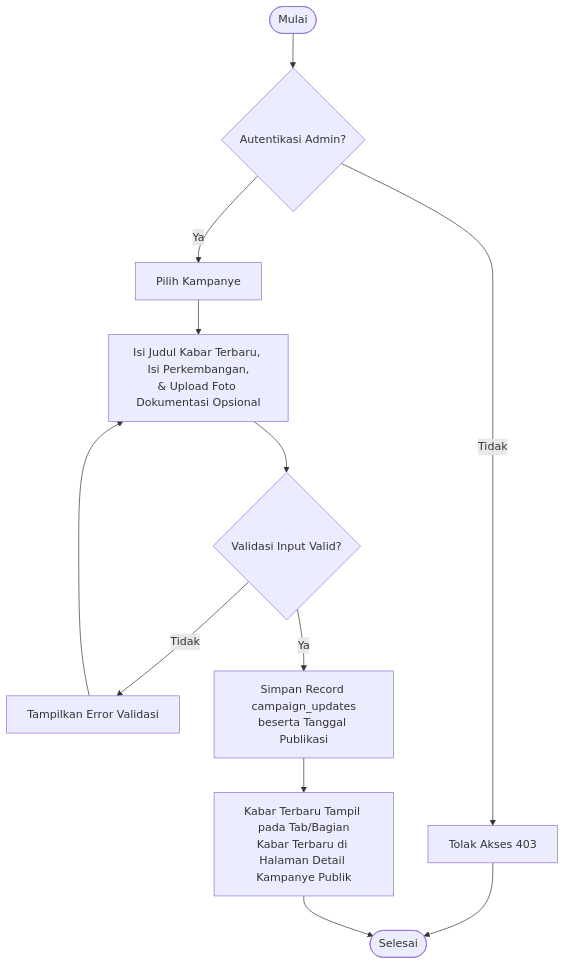
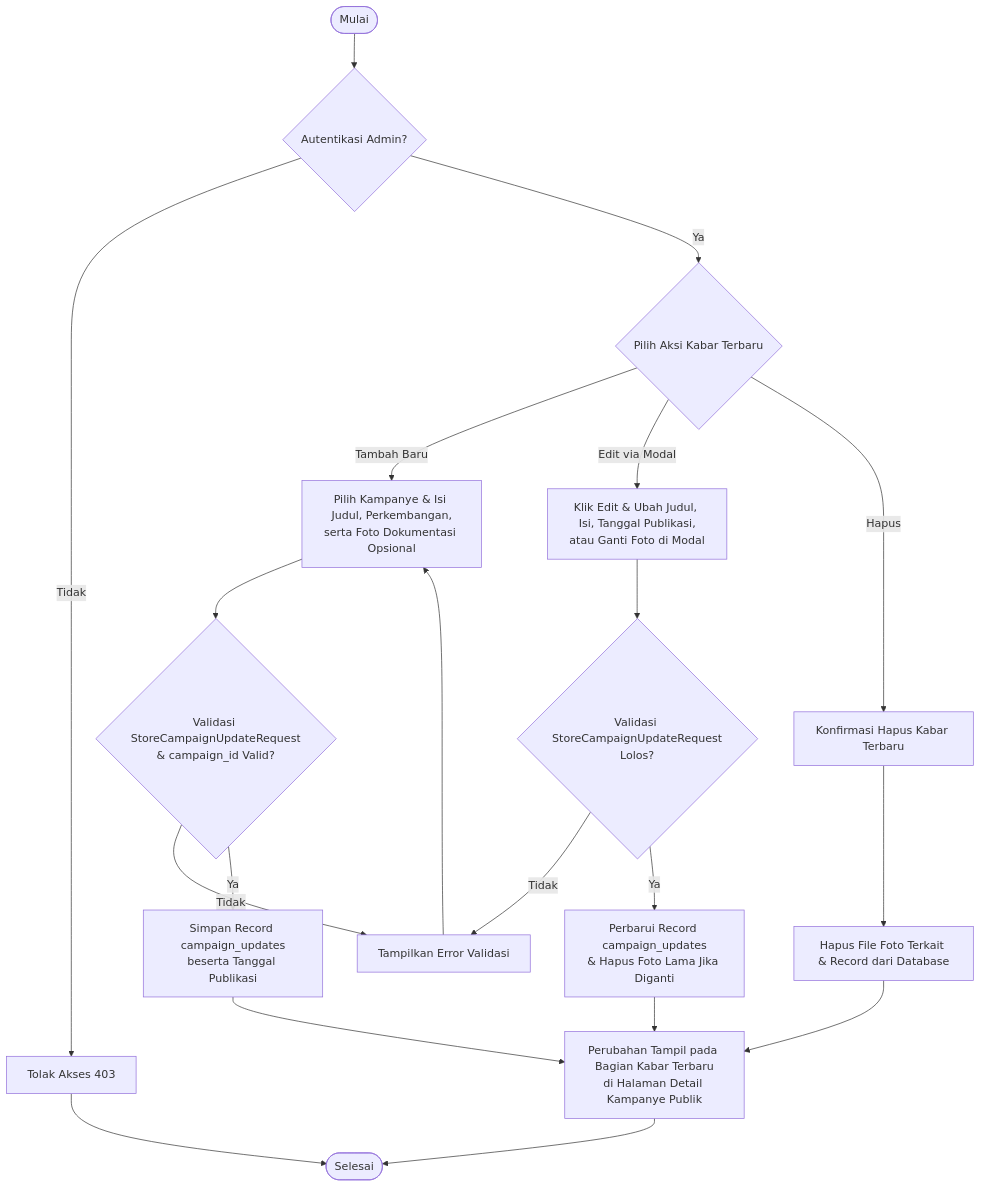
The seventh of 8 diagrams in docs/architecture/activity-diagram.md (Sakiih/KitaPeduli-Project-Tugas-Akhir-PPBO), drawn with Mermaid before and after one commit. The commit also changed other lines of this file and 7 other files, not shown here.

Commit message:
docs(api-arch): fix Postman runner flow and align architecture docs

````diff
--- a/docs/architecture/activity-diagram.md
+++ b/docs/architecture/activity-diagram.md
@@ -158,16 +158,27 @@
 ```mermaid
 flowchart TD
     Start([Mulai]) --> AdminCheck{Autentikasi Admin?}
     AdminCheck -->|Tidak| Deny[Tolak Akses 403]
     Deny --> End([Selesai])
 
-    AdminCheck -->|Ya| SelectCamp[Pilih Kampanye]
-    SelectCamp --> InputUpdate[Isi Judul Kabar Terbaru, Isi Perkembangan,\n& Upload Foto Dokumentasi Opsional]
-    InputUpdate --> ValidateUpd{Validasi Input Valid?}
+    AdminCheck -->|Ya| Action{Pilih Aksi Kabar Terbaru}
+
+    Action -->|Tambah Baru| SelectCamp[Pilih Kampanye & Isi Judul, Perkembangan,\nserta Foto Dokumentasi Opsional]
+    SelectCamp --> ValidateUpd{Validasi StoreCampaignUpdateRequest\n& campaign_id Valid?}
     ValidateUpd -->|Tidak| ShowErr[Tampilkan Error Validasi]
-    ShowErr --> InputUpdate
+    ShowErr --> SelectCamp
+    ValidateUpd -->|Ya| SaveUpdate[Simpan Record campaign_updates\nbeserta Tanggal Publikasi]
+    SaveUpdate --> DisplayPublic[Perubahan Tampil pada Bagian Kabar Terbaru\ndi Halaman Detail Kampanye Publik]
 
-    ValidateUpd -->|Ya| SaveUpdate[Simpan Record campaign_updates\nbeserta Tanggal Publikasi]
-    SaveUpdate --> DisplayPublic[Kabar Terbaru Tampil pada Tab/Bagian\nKabar Terbaru di Halaman Detail Kampanye Publik]
+    Action -->|Edit via Modal| OpenEditModal[Klik Edit & Ubah Judul, Isi, Tanggal Publikasi,\natau Ganti Foto di Modal]
+    OpenEditModal --> ValidateEdit{Validasi StoreCampaignUpdateRequest\nLolos?}
+    ValidateEdit -->|Tidak| ShowErr
+    ValidateEdit -->|Ya| UpdateRecord[Perbarui Record campaign_updates\n& Hapus Foto Lama Jika Diganti]
+    UpdateRecord --> DisplayPublic
+
+    Action -->|Hapus| ConfirmDelete[Konfirmasi Hapus Kabar Terbaru]
+    ConfirmDelete --> DeleteRecord[Hapus File Foto Terkait & Record dari Database]
+    DeleteRecord --> DisplayPublic
+
     DisplayPublic --> End
 ```
````
